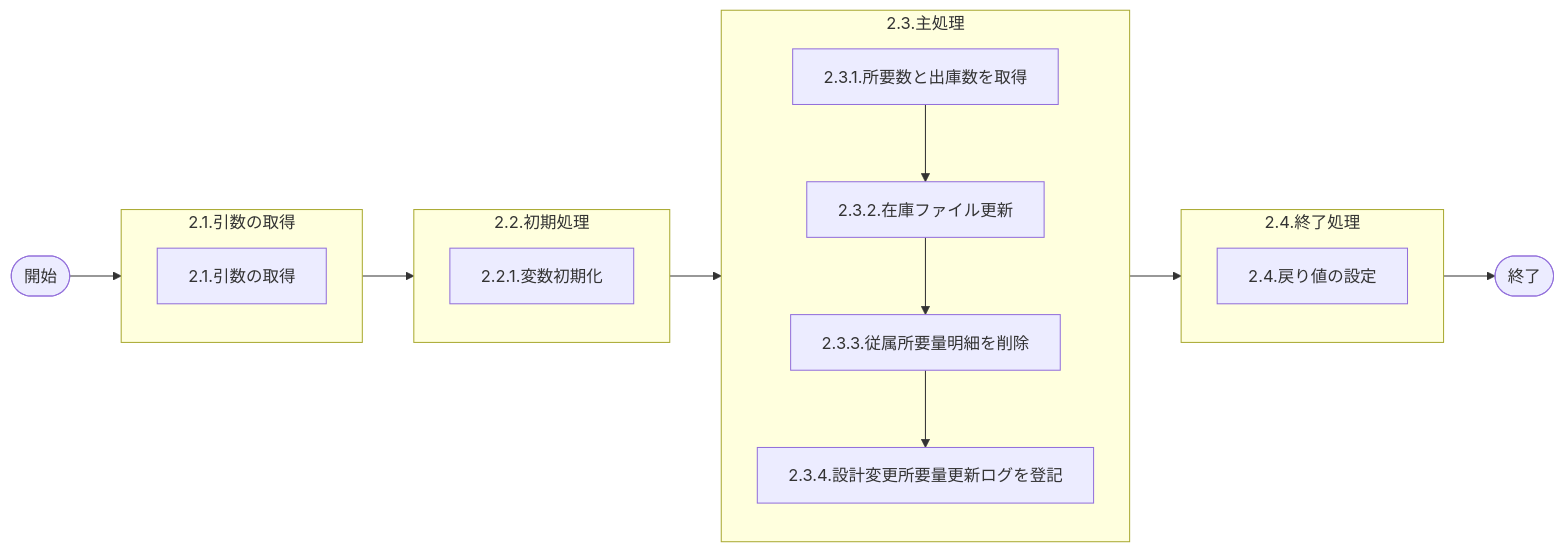
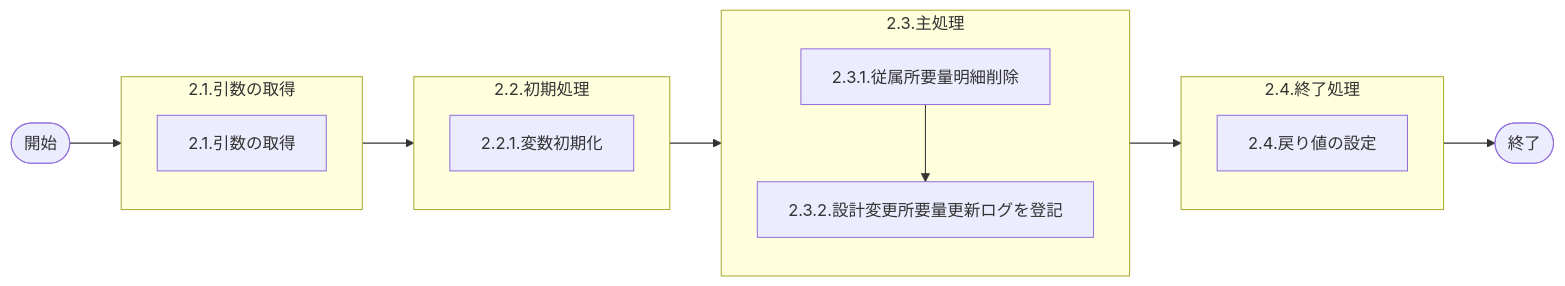
The diagram in LDPS0001_01_詳細設計_従属所要量明細削除処理.md (huangyiyong-xm/GIMAC_IC_design), drawn with Mermaid before and after one commit. The commit also changed other lines of this file, not shown here.

````diff
--- a/LDPS0001_01_詳細設計_従属所要量明細削除処理.md
+++ b/LDPS0001_01_詳細設計_従属所要量明細削除処理.md
@@ -19,31 +19,29 @@
 ```mermaid
 flowchart LR
    %% メインフローブランチ
    start(["開始"]) --> argBlock --> initBlock --> mainBlock --> endBlock --> endStatus(["終了"])
  
    %% 引数処理詳細フロー
    subgraph argBlock ["2.1.引数の取得"]
      arg_process_and_check["<div style='white-space: nowrap;'>2.1.引数の取得</div>"]
    end
  
    %% 初期処理詳細フロー
    subgraph initBlock ["2.2.初期処理"]
       init_process["<div style='white-space: nowrap;'>2.2.1.変数初期化</div>"]
    end
  
    %% 主処理詳細フロー
    subgraph mainBlock ["2.3.主処理"]
-     main_process["<div style='white-space: nowrap;'>2.3.1.所要数と出庫数を取得</div>"] 
-     main_process --> callSp["<div style='white-space: nowrap;'>2.3.2.在庫ファイル更新</div>"] 
-     callSp --> deleteDetail["<div style='white-space: nowrap;'>2.3.3.従属所要量明細を削除</div>"]
-     deleteDetail --> logInsert["<div style='white-space: nowrap;'>2.3.4.設計変更所要量更新ログを登記</div>"] 
+     main_process["<div style='white-space: nowrap;'>2.3.1.従属所要量明細削除</div>"] 
+     main_process --> logInsert["<div style='white-space: nowrap;'>2.3.2.設計変更所要量更新ログを登記</div>"] 
    end
  
    %% 終了処理
    subgraph endBlock ["2.4.終了処理"]
      end_process["<div style='white-space: nowrap;'>2.4.戻り値の設定</div>"]
    end
  
    class start,end_process startEnd
    class arg_process,init_process,main_process process
 ```
````
